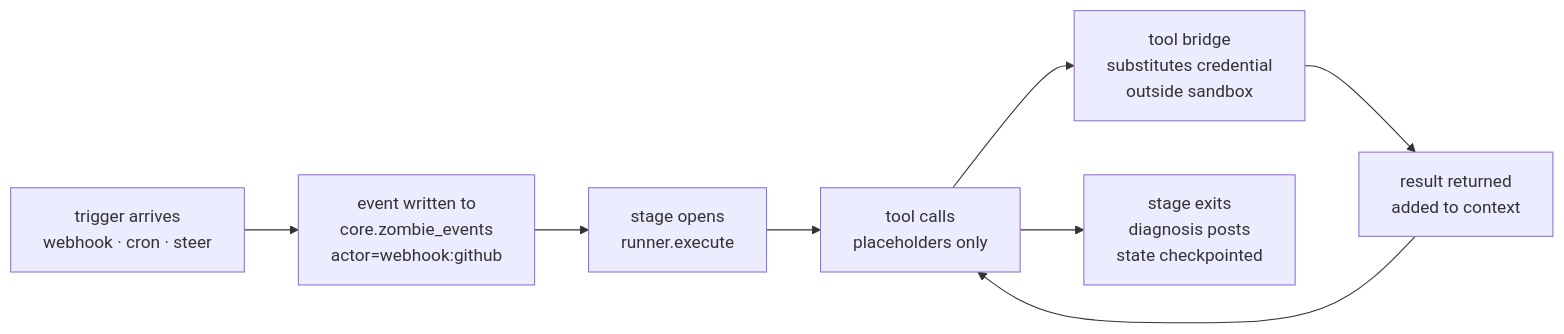
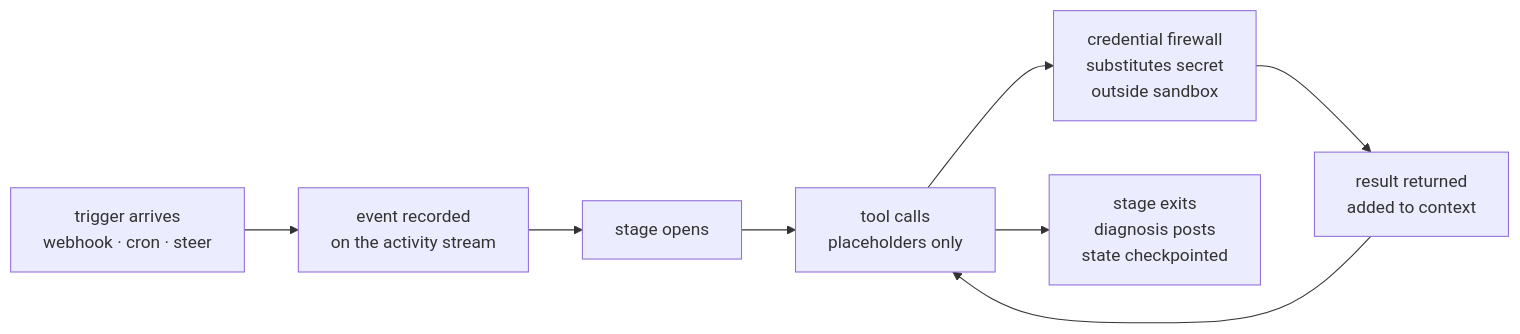
The diagram in concepts.mdx (usezombie/docs), drawn with Mermaid before and after one commit. The commit also changed other lines of this file and 7 other files, not shown here.

````diff
--- a/concepts.mdx
+++ b/concepts.mdx
@@ -63,10 +63,10 @@
 ```mermaid
 flowchart LR
-    Trigger[trigger arrives<br/>webhook · cron · steer] --> Event[event written to<br/>core.zombie_events<br/>actor=webhook:github]
-    Event --> Stage[stage opens<br/>runner.execute]
+    Trigger[trigger arrives<br/>webhook · cron · steer] --> Event[event recorded<br/>on the activity stream]
+    Event --> Stage[stage opens]
     Stage --> Tool[tool calls<br/>placeholders only]
-    Tool --> Bridge[tool bridge<br/>substitutes credential<br/>outside sandbox]
+    Tool --> Bridge[credential firewall<br/>substitutes secret<br/>outside sandbox]
     Bridge --> Result[result returned<br/>added to context]
     Result --> Tool
     Tool --> Done[stage exits<br/>diagnosis posts<br/>state checkpointed]
 ```
````
